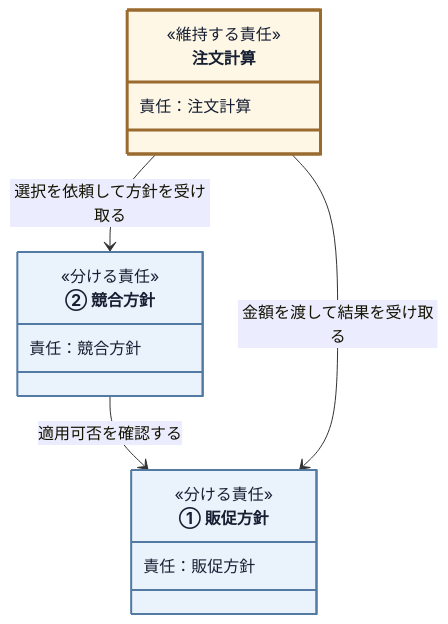
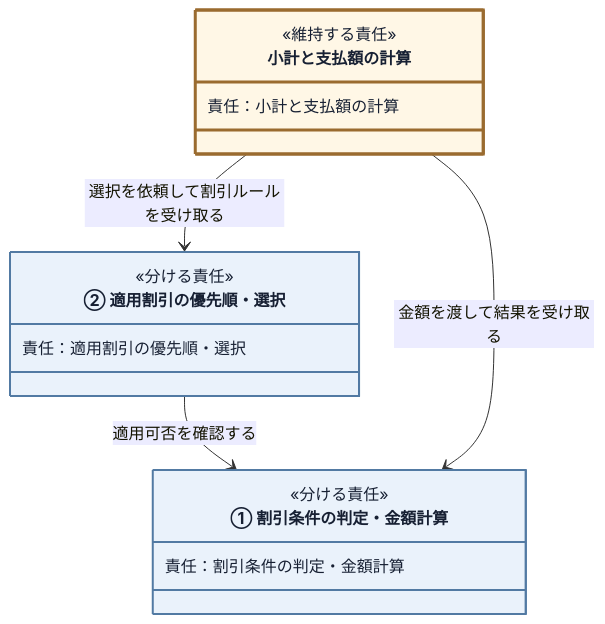
The eighth of 18 diagrams in kindle/design-patterns/books/volume01-core-patterns/output/03-chapter01.md (kumachan1101-pixel/DesignPattern), drawn with Mermaid before and after one commit. The commit also changed other lines of this file and 17 other files, not shown here.

````diff
--- a/kindle/design-patterns/books/volume01-core-patterns/output/03-chapter01.md
+++ b/kindle/design-patterns/books/volume01-core-patterns/output/03-chapter01.md
@@ -1305,23 +1284,23 @@
 ```mermaid
 classDiagram
     %% provisional-role-diagram
     direction TB
-    class OrderCalculation["注文計算"]:::current {
+    class OrderCalculation["小計と支払額の計算"]:::current {
         <<維持する責任>>
-        責任：注文計算
+        責任：小計と支払額の計算
     }
-    class PromotionPolicy["① 販促方針"]:::separated {
+    class PromotionPolicy["① 割引条件の判定・金額計算"]:::separated {
         <<分ける責任>>
-        責任：販促方針
+        責任：割引条件の判定・金額計算
     }
-    class ConflictPolicy["② 競合方針"]:::separated {
+    class ConflictPolicy["② 適用割引の優先順・選択"]:::separated {
         <<分ける責任>>
-        責任：競合方針
+        責任：適用割引の優先順・選択
     }
-    OrderCalculation --> ConflictPolicy : 選択を依頼して方針を受け取る
+    OrderCalculation --> ConflictPolicy : 選択を依頼して割引ルールを受け取る
     ConflictPolicy --> PromotionPolicy : 適用可否を確認する
     OrderCalculation --> PromotionPolicy : 金額を渡して結果を受け取る
 
     classDef separated fill:#eaf2fb,stroke:#527aa3,stroke-width:2px,color:#172033;
     classDef current fill:#fff7e6,stroke:#9a6b2f,stroke-width:3px,color:#172033;
 ```
````
